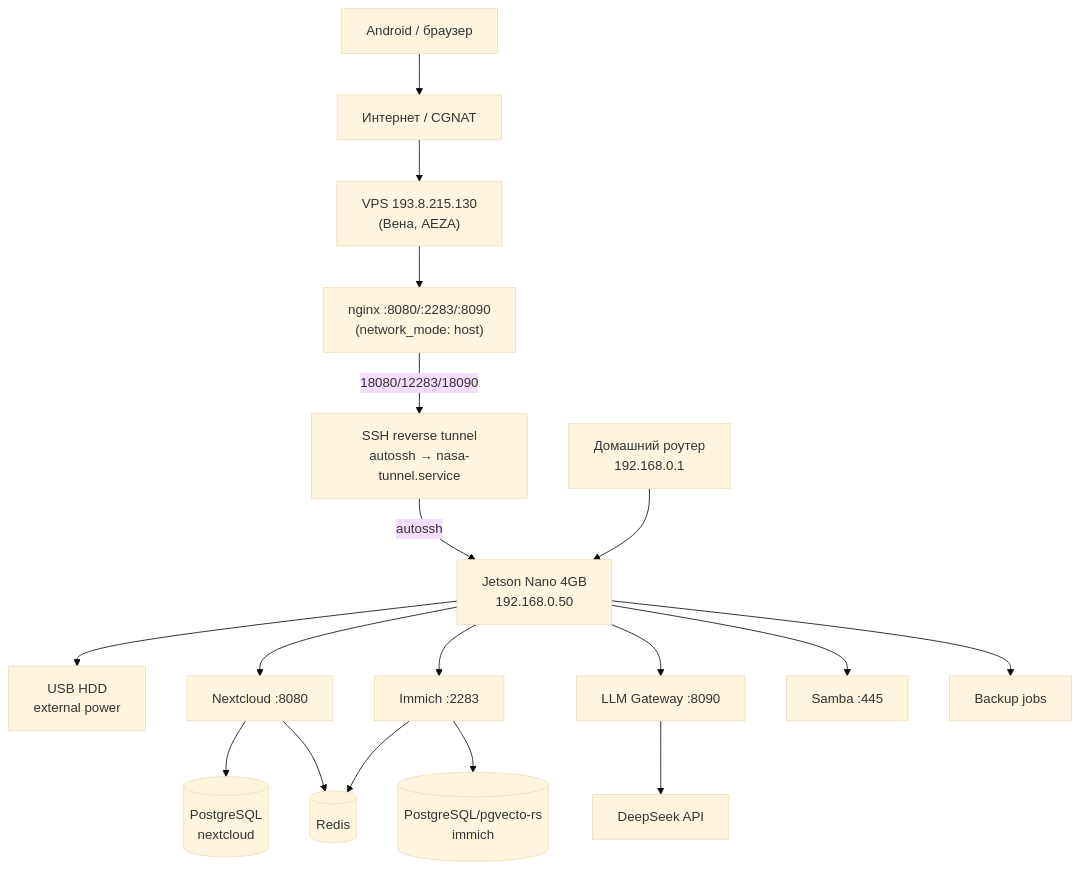
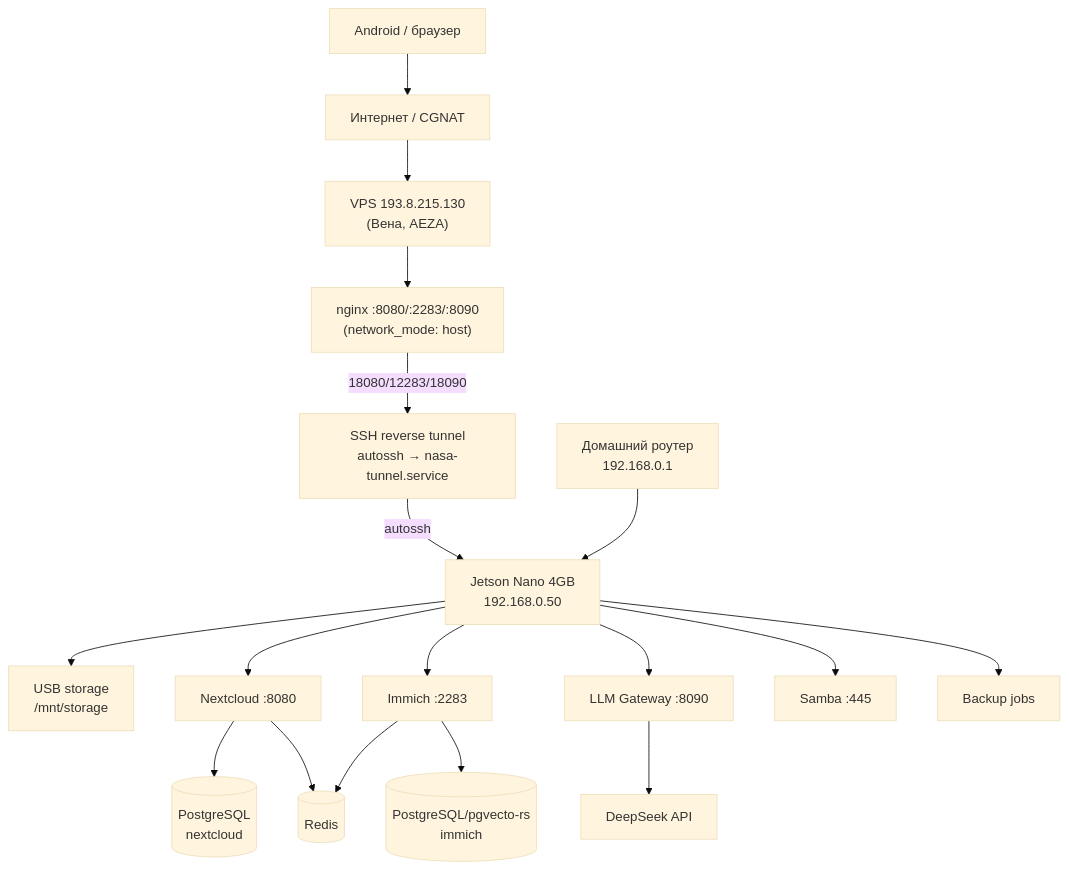
Before and after one commit to AlexeyBorovskoy/Nasa_home: the diagram in archtectura_nasa.md, drawn with Mermaid (base theme). The commit also changed other lines of this file and 28 other files, not shown here.

First line of the commit message:
docs: document USB storage incident and add preflight

````diff
--- a/archtectura_nasa.md
+++ b/archtectura_nasa.md
@@ -23,42 +23,42 @@
 ```mermaid
 flowchart TB
     Phone[Android / браузер]
     Internet[Интернет / CGNAT]
     VPS["VPS 193.8.215.130\n(Вена, AEZA)"]
     NginxVPS["nginx :8080/:2283/:8090\n(network_mode: host)"]
     Tunnel["SSH reverse tunnel\nautossh → nasa-tunnel.service"]
     Router[Домашний роутер\n192.168.0.1]
     Jetson["Jetson Nano 4GB\n192.168.0.50"]
-    HDD[USB HDD\nexternal power]
+    HDD["USB storage\n/mnt/storage"]
 
     Nextcloud[Nextcloud :8080]
     Immich[Immich :2283]
     LLMGateway[LLM Gateway :8090]
     Samba[Samba :445]
     Backup[Backup jobs]
     DeepSeek[DeepSeek API]
 
     NCDB[(PostgreSQL\nnextcloud)]
     ImmichDB[(PostgreSQL/pgvecto-rs\nimmich)]
     Redis[(Redis)]
 
     Phone --> Internet
     Internet --> VPS
     VPS --> NginxVPS
     NginxVPS -->|18080/12283/18090| Tunnel
     Tunnel -->|autossh| Jetson
     Router --> Jetson
     Jetson --> HDD
 
     Jetson --> Nextcloud
     Jetson --> Immich
     Jetson --> LLMGateway
     Jetson --> Samba
     Jetson --> Backup
 
     Nextcloud --> NCDB
     Nextcloud --> Redis
     Immich --> ImmichDB
     Immich --> Redis
     LLMGateway --> DeepSeek
 ```
````
